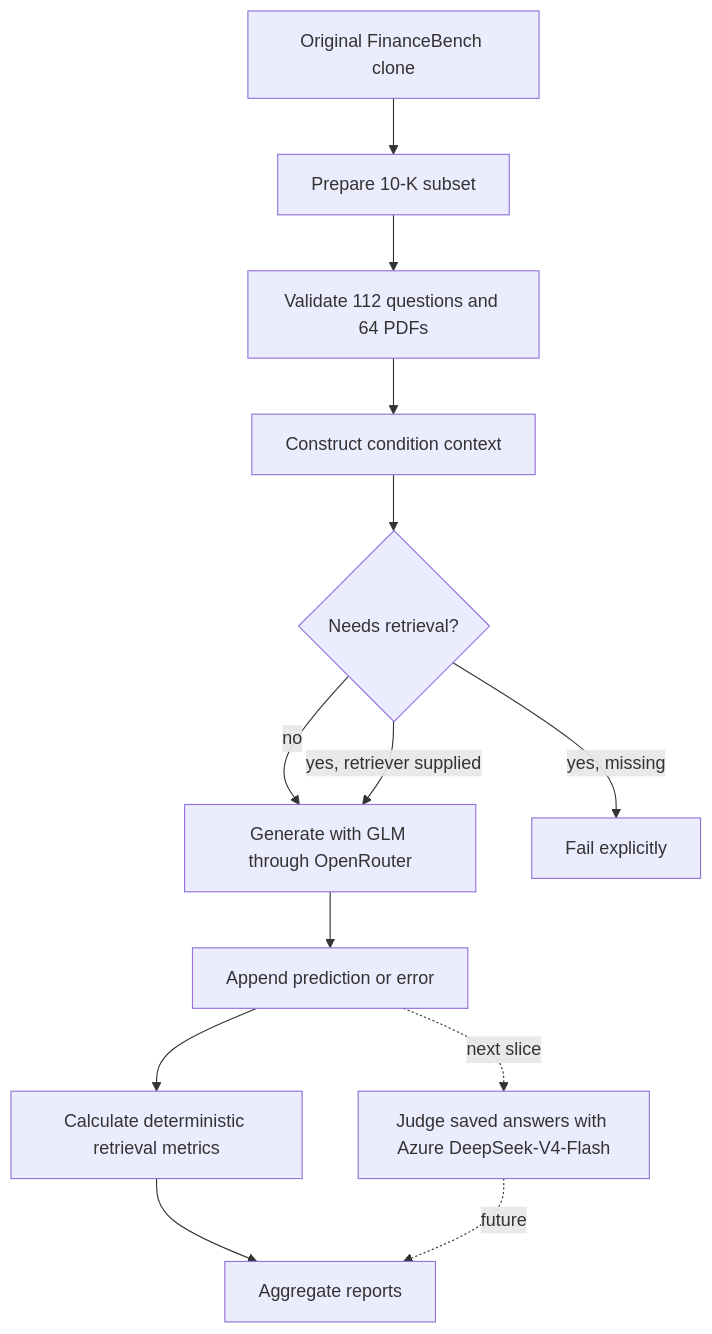
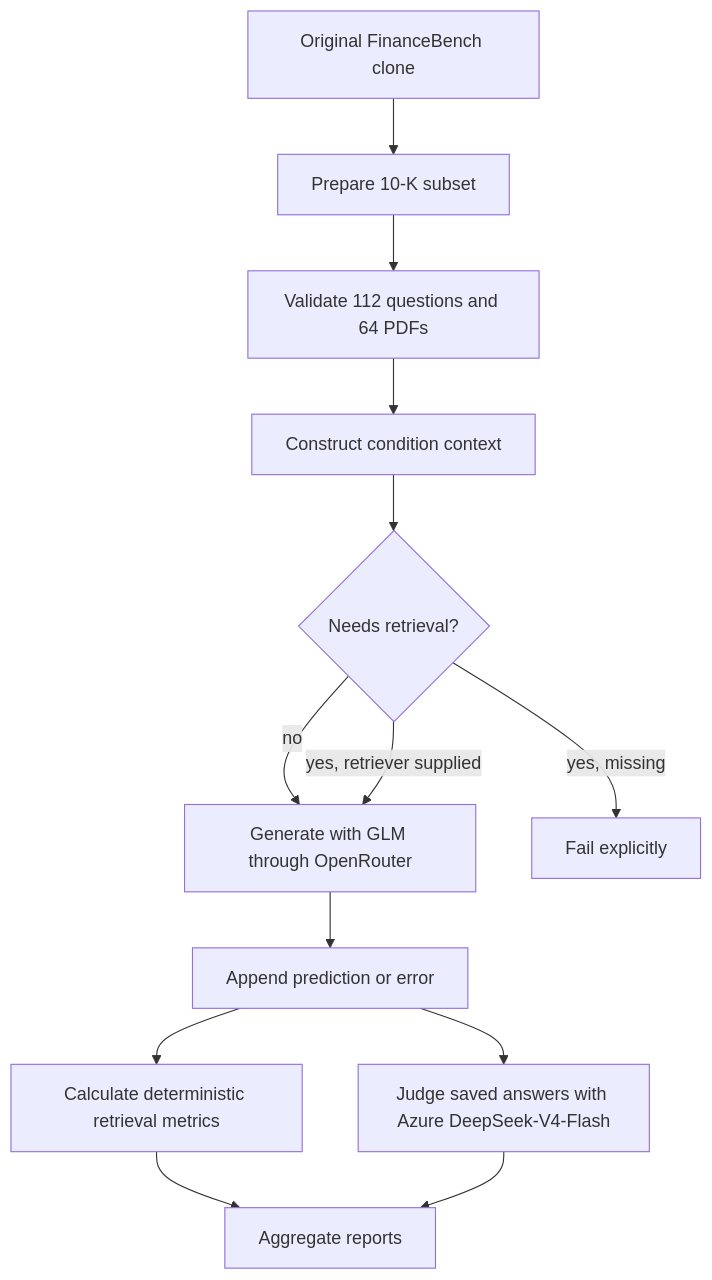
The first of 10 diagrams in docs sys design/benchmark/FinanceBench Implementation Guide.md (14zhasim/Agentic_RAG), drawn with Mermaid before and after one commit. The commit also changed other lines of this file and 10 other files, not shown here.

Commit message:
feat: add resumable Azure answer judge

````diff
--- a/docs sys design/benchmark/FinanceBench Implementation Guide.md
+++ b/docs sys design/benchmark/FinanceBench Implementation Guide.md
@@ -26,15 +26,15 @@
 ```mermaid
 flowchart TD
     A[Original FinanceBench clone] --> B[Prepare 10-K subset]
     B --> C[Validate 112 questions and 64 PDFs]
     C --> D[Construct condition context]
     D --> E{Needs retrieval?}
     E -- no --> F[Generate with GLM through OpenRouter]
     E -- yes, retriever supplied --> F
     E -- yes, missing --> X[Fail explicitly]
     F --> G[Append prediction or error]
     G --> H[Calculate deterministic retrieval metrics]
-    G -. next slice .-> J[Judge saved answers with Azure DeepSeek-V4-Flash]
+    G --> J[Judge saved answers with Azure DeepSeek-V4-Flash]
     H --> I[Aggregate reports]
-    J -. future .-> I
+    J --> I
 ```
````
